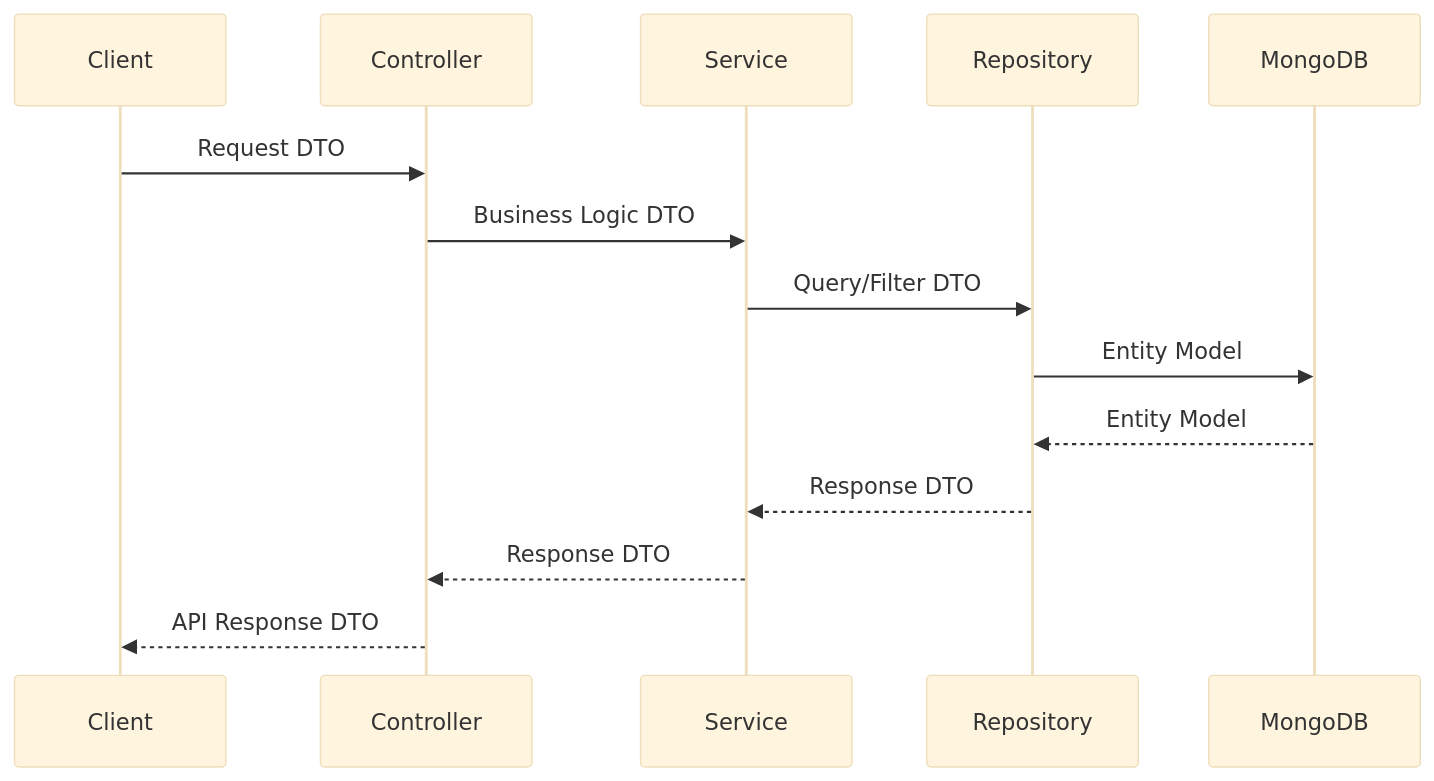
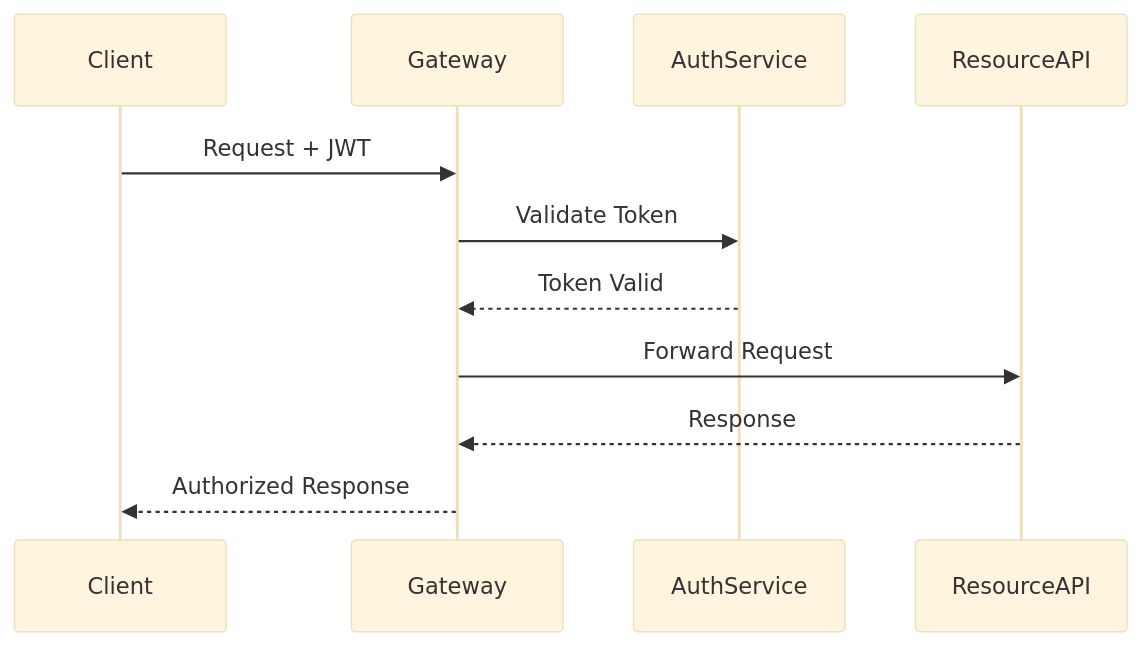
Before and after one commit to flamingo-stack/openframe-oss-lib: the third of 3 diagrams in docs/getting-started/first-steps.md, drawn with Mermaid (base theme). The commit also changed other lines of this file and 130 other files, not shown here.

````diff
--- a/docs/getting-started/first-steps.md
+++ b/docs/getting-started/first-steps.md
@@ -23,17 +241,14 @@
 ```mermaid
 sequenceDiagram
     participant Client
-    participant Controller
-    participant Service  
-    participant Repository
-    participant MongoDB
-
-    Client->>Controller: Request DTO
-    Controller->>Service: Business Logic DTO
-    Service->>Repository: Query/Filter DTO
-    Repository->>MongoDB: Entity Model
-    MongoDB-->>Repository: Entity Model
-    Repository-->>Service: Response DTO
-    Service-->>Controller: Response DTO
-    Controller-->>Client: API Response DTO
+    participant Gateway
+    participant AuthService
+    participant ResourceAPI
+    
+    Client->>Gateway: Request + JWT
+    Gateway->>AuthService: Validate Token
+    AuthService-->>Gateway: Token Valid
+    Gateway->>ResourceAPI: Forward Request
+    ResourceAPI-->>Gateway: Response
+    Gateway-->>Client: Authorized Response
 ```
````
